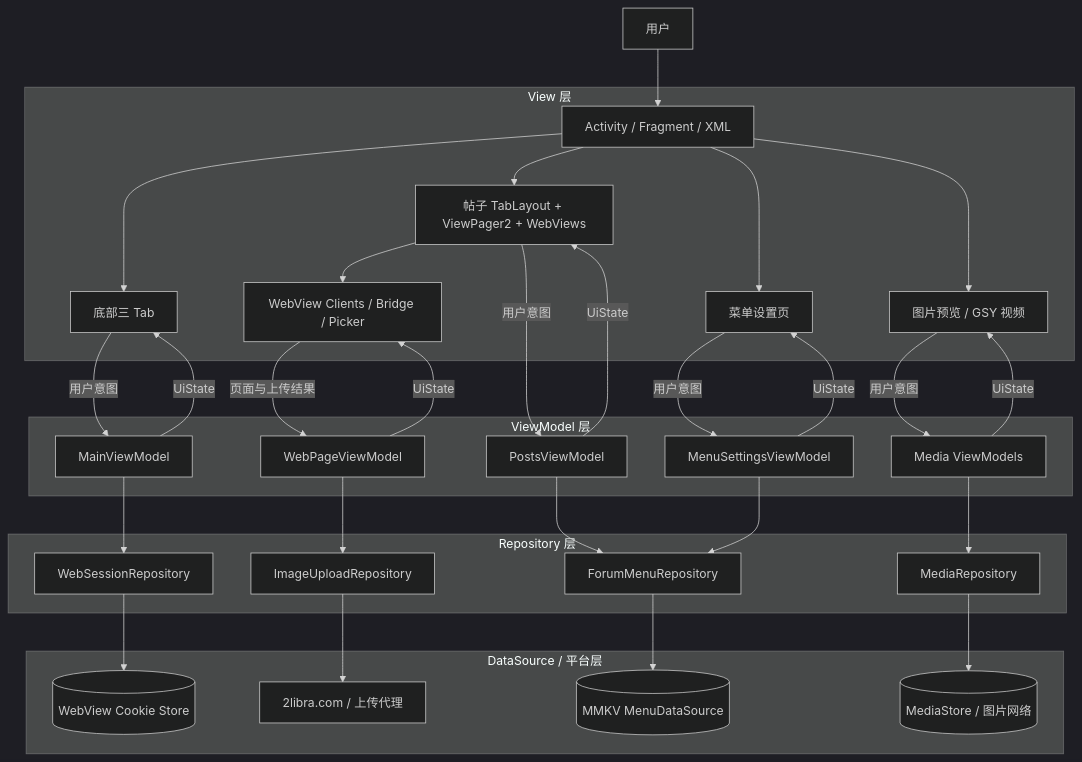
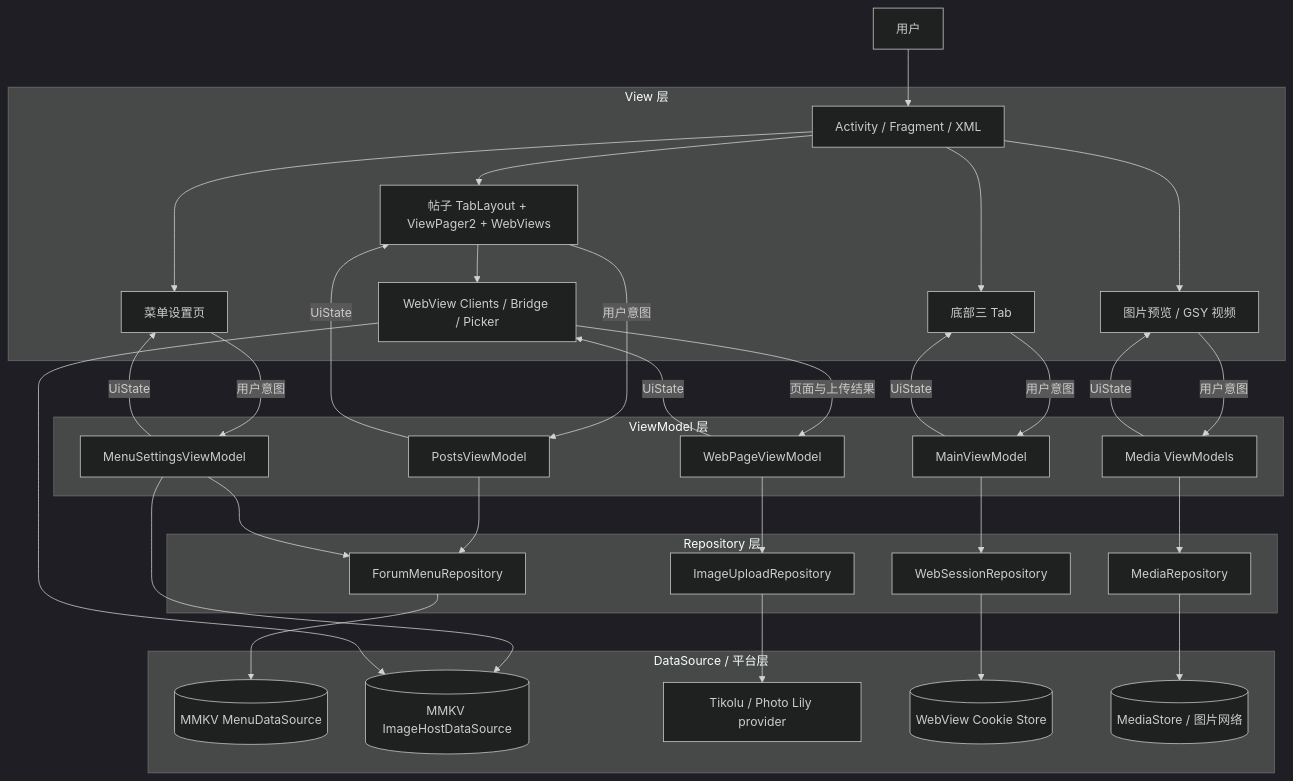
Before and after one commit to KeepDreamHCQ/sx2libra-android: the first of 2 diagrams in docs/android-client-development.md, drawn with Mermaid (dark theme). The commit also changed other lines of this file and 55 other files, not shown here.

Commit message:
feat: add menu routes and image hosts

````diff
--- a/docs/android-client-development.md
+++ b/docs/android-client-development.md
@@ -110,62 +110,65 @@
 ```mermaid
 flowchart TB
   user[用户] --> view_layer
 
   subgraph ui[View 层]
     view_layer[Activity / Fragment / XML]
     main_ui[底部三 Tab]
     posts_ui[帖子 TabLayout + ViewPager2 + WebViews]
     menu_ui[菜单设置页]
     media_ui[图片预览 / GSY 视频]
     web_adapter[WebView Clients / Bridge / Picker]
     view_layer --> main_ui
     view_layer --> posts_ui
     view_layer --> menu_ui
     view_layer --> media_ui
     posts_ui --> web_adapter
   end
 
   subgraph presentation[ViewModel 层]
     main_vm[MainViewModel]
     posts_vm[PostsViewModel]
     menu_vm[MenuSettingsViewModel]
     web_vm[WebPageViewModel]
     media_vm[Media ViewModels]
   end
 
   main_ui -- 用户意图 --> main_vm
   posts_ui -- 用户意图 --> posts_vm
   menu_ui -- 用户意图 --> menu_vm
   web_adapter -- 页面与上传结果 --> web_vm
   media_ui -- 用户意图 --> media_vm
   main_vm -- UiState --> main_ui
   posts_vm -- UiState --> posts_ui
   menu_vm -- UiState --> menu_ui
   web_vm -- UiState --> web_adapter
   media_vm -- UiState --> media_ui
 
   subgraph data[Repository 层]
     menu_repo[ForumMenuRepository]
     upload_repo[ImageUploadRepository]
     media_repo[MediaRepository]
     session_repo[WebSessionRepository]
   end
 
   posts_vm --> menu_repo
   menu_vm --> menu_repo
   web_vm --> upload_repo
   media_vm --> media_repo
   main_vm --> session_repo
 
   subgraph sources[DataSource / 平台层]
     menu_local[(MMKV MenuDataSource)]
-    forum_remote[2libra.com / 上传代理]
+    image_host_local[(MMKV ImageHostDataSource)]
+    provider_remote[Tikolu / Photo Lily provider]
     cookie_store[(WebView Cookie Store)]
     media_store[(MediaStore / 图片网络)]
   end
 
   menu_repo --> menu_local
-  upload_repo --> forum_remote
+  upload_repo --> provider_remote
+  menu_vm --> image_host_local
+  web_adapter --> image_host_local
   media_repo --> media_store
   session_repo --> cookie_store
 ```
````
